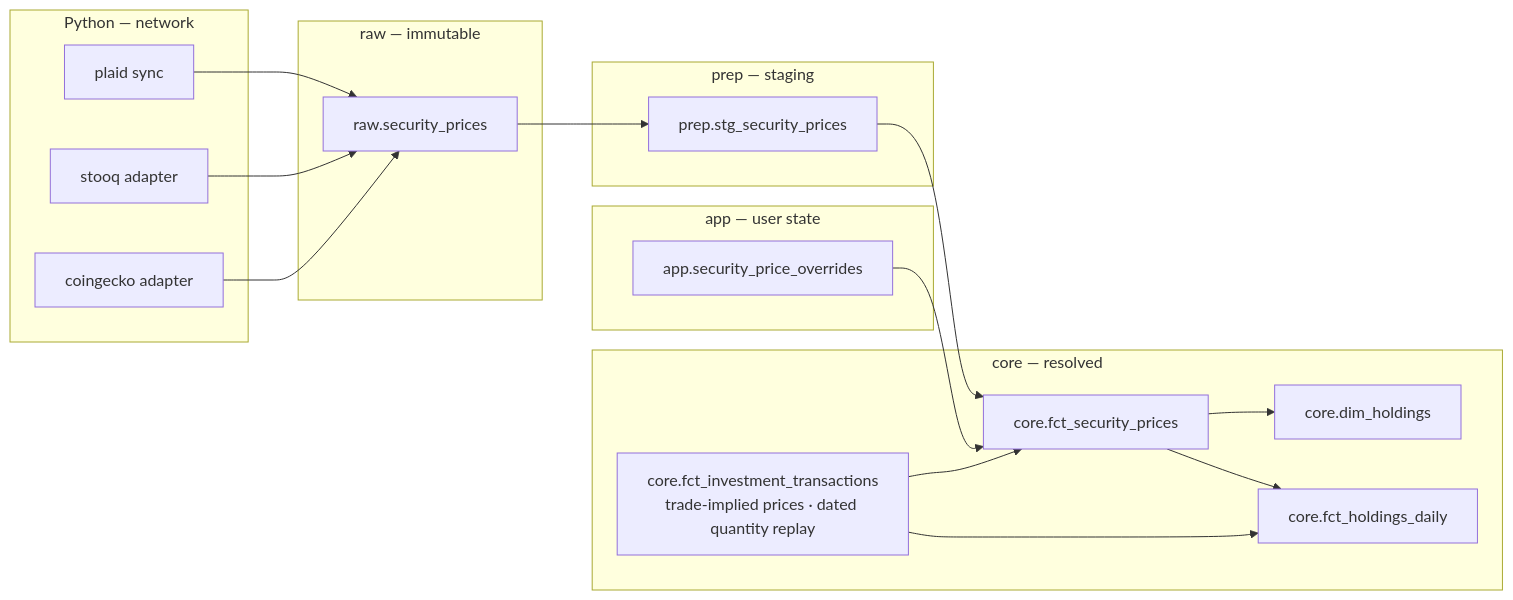
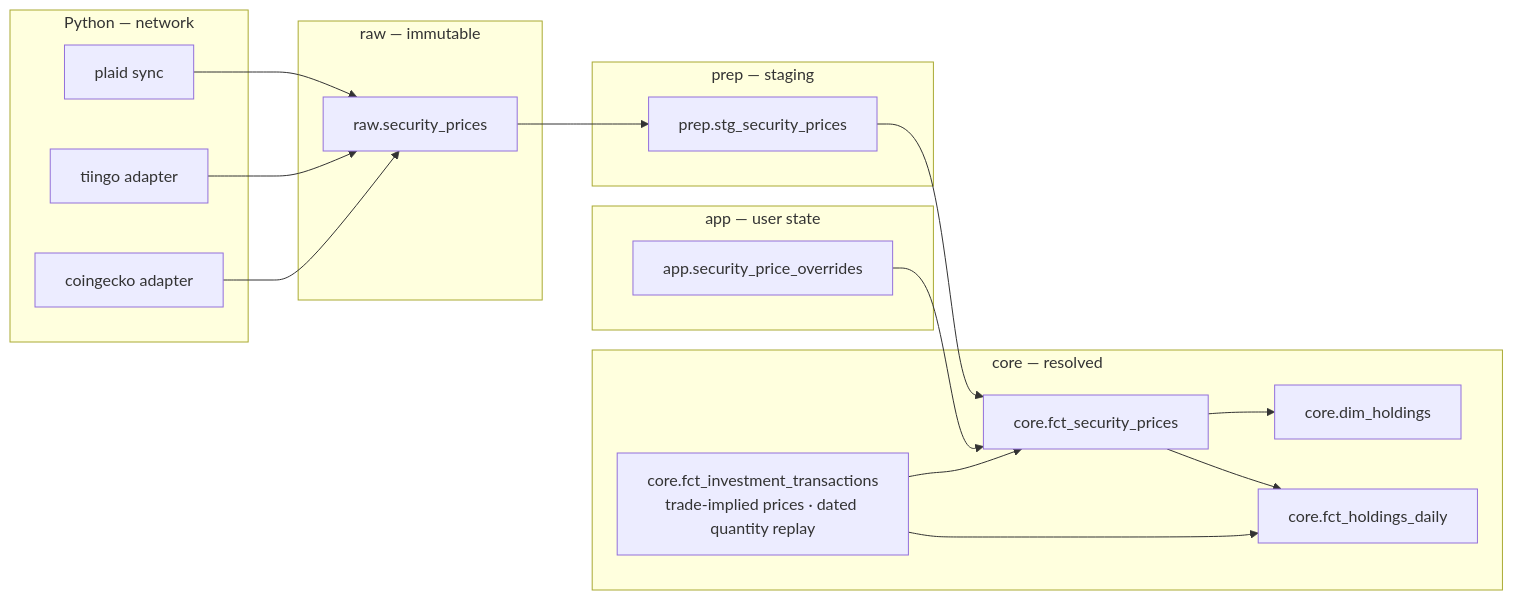
The diagram in docs/specs/investments-price-feeds.md (bsaffel/moneybin), drawn with Mermaid before and after one commit. The commit also changed other lines of this file and 12 other files, not shown here.

````diff
--- a/docs/specs/investments-price-feeds.md
+++ b/docs/specs/investments-price-feeds.md
@@ -95,33 +95,33 @@
 ```mermaid
 flowchart LR
     subgraph fetch["Python — network"]
         P["plaid sync"]
-        S["stooq adapter"]
+        S["tiingo adapter"]
         C["coingecko adapter"]
     end
     subgraph rawl["raw — immutable"]
         R["raw.security_prices"]
     end
     subgraph prepl["prep — staging"]
         G["prep.stg_security_prices"]
     end
     subgraph appl["app — user state"]
         O["app.security_price_overrides"]
     end
     subgraph corel["core — resolved"]
         L["core.fct_investment_transactions<br/>trade-implied prices · dated quantity replay"]
         F["core.fct_security_prices"]
         H["core.dim_holdings"]
         D["core.fct_holdings_daily"]
     end
     P --> R
     S --> R
     C --> R
     R --> G
     G --> F
     O --> F
     L --> F
     F --> H
     F --> D
     L --> D
 ```
````
